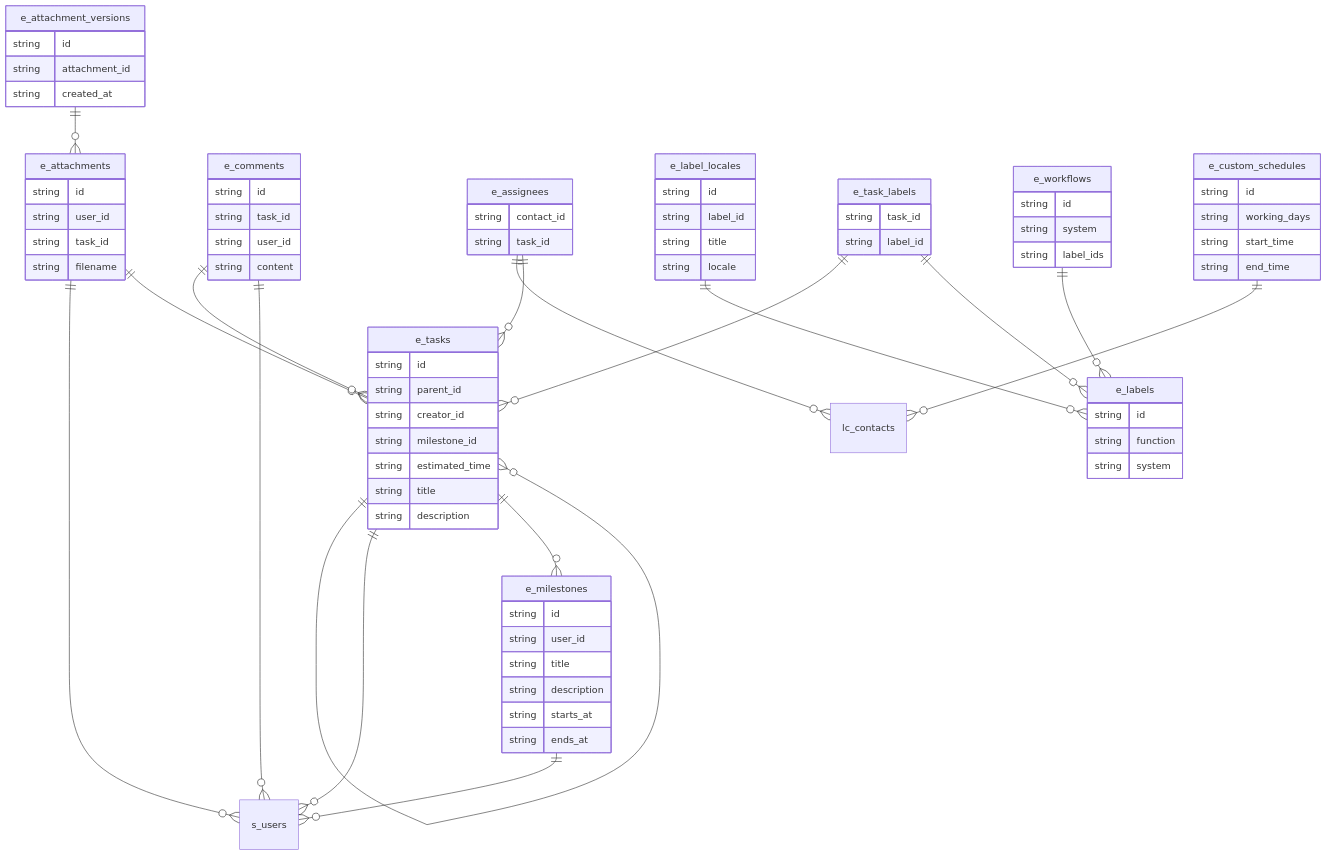
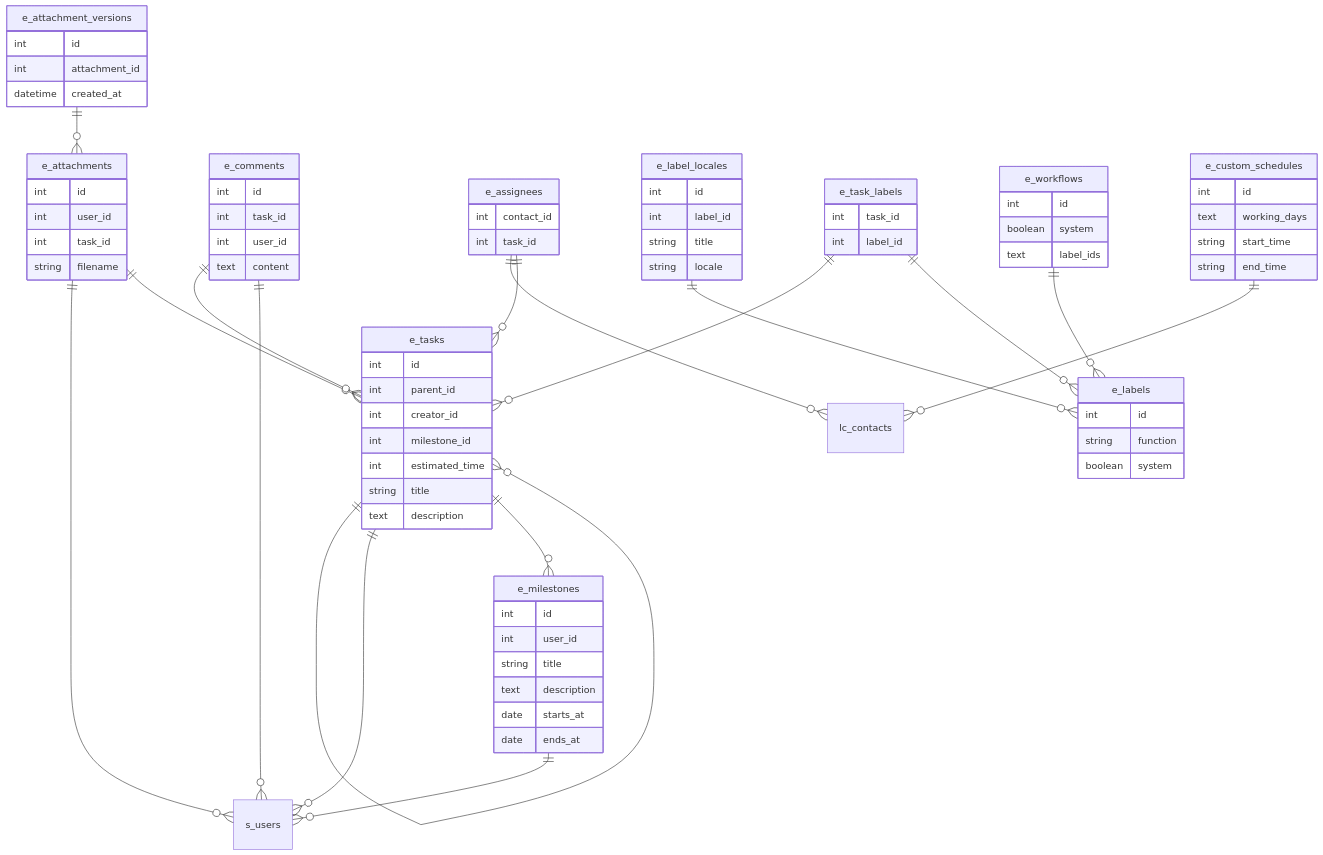
One commit to grey-dev-0/oaters changed the diagram in docs/database/emerald-diagram.md. Above: the diagram before and after it, drawn with Mermaid. The commit also changed 11 other files, not shown here.

````diff
--- a/docs/database/emerald-diagram.md
+++ b/docs/database/emerald-diagram.md
@@ -3,66 +3,66 @@
 ```mermaid
 erDiagram
     e_milestones {
-        string id
-        string user_id
+        int id
+        int user_id
         string title
-        string description
-        string starts_at
-        string ends_at
+        text description
+        date starts_at
+        date ends_at
     }
     e_tasks {
-        string id
-        string parent_id
-        string creator_id
-        string milestone_id
-        string estimated_time
+        int id
+        int parent_id
+        int creator_id
+        int milestone_id
+        int estimated_time
         string title
-        string description
+        text description
     }
     e_attachments {
-        string id
-        string user_id
-        string task_id
+        int id
+        int user_id
+        int task_id
         string filename
     }
     e_attachment_versions {
-        string id
-        string attachment_id
-        string created_at
+        int id
+        int attachment_id
+        datetime created_at
     }
     e_comments {
-        string id
-        string task_id
-        string user_id
-        string content
+        int id
+        int task_id
+        int user_id
+        text content
     }
     e_assignees {
-        string contact_id
-        string task_id
+        int contact_id
+        int task_id
     }
     e_labels {
-        string id
+        int id
         string function
-        string system
+        boolean system
     }
     e_label_locales {
-        string id
-        string label_id
+        int id
+        int label_id
         string title
         string locale
     }
     e_task_labels {
-        string task_id
-        string label_id
+        int task_id
+        int label_id
     }
     e_workflows {
-        string id
-        string system
-        string label_ids
+        int id
+        boolean system
+        text label_ids
     }
     e_custom_schedules {
-        string id
-        string working_days
+        int id
+        text working_days
         string start_time
         string end_time
     }
````
